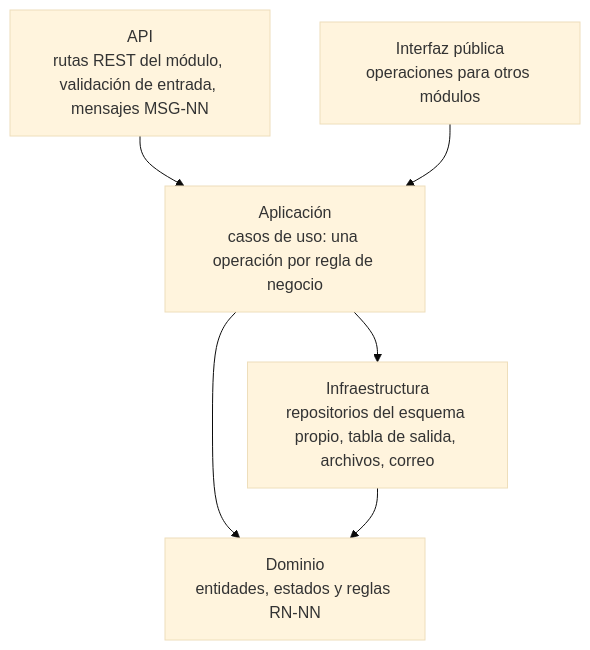
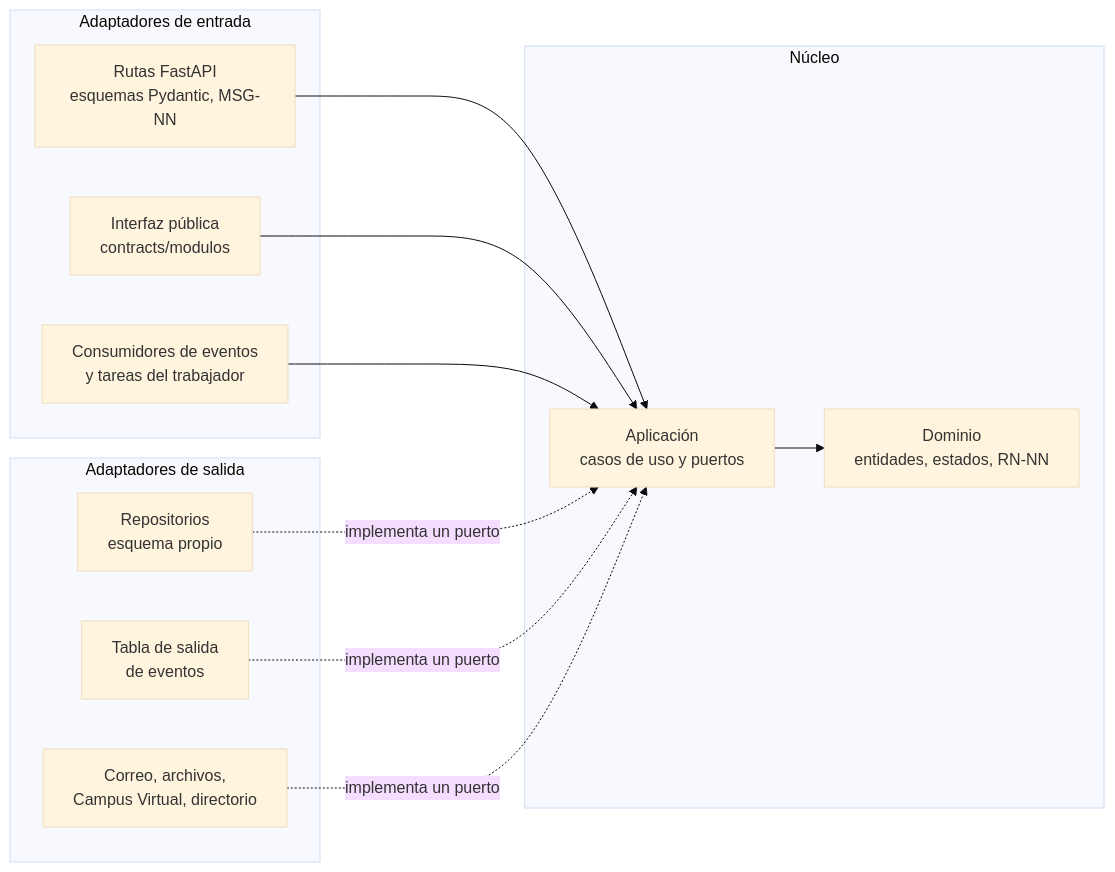
The first of 5 diagrams in docs/arquitectura/Plan_de_Implementacion.md (AFGamero/UniLink), drawn with Mermaid (base theme) before and after one commit. The commit also changed other lines of this file and 27 other files, not shown here.

````diff
--- a/docs/arquitectura/Plan_de_Implementacion.md
+++ b/docs/arquitectura/Plan_de_Implementacion.md
@@ -17,13 +17,24 @@
 ```mermaid
-flowchart TB
-    API[API<br/>rutas REST del módulo, validación de entrada, mensajes MSG-NN]
-    PUB[Interfaz pública<br/>operaciones para otros módulos]
-    APP[Aplicación<br/>casos de uso: una operación por regla de negocio]
-    DOM[Dominio<br/>entidades, estados y reglas RN-NN]
-    INF[Infraestructura<br/>repositorios del esquema propio, tabla de salida, archivos, correo]
+flowchart LR
+    subgraph ENT[Adaptadores de entrada]
+        API[Rutas FastAPI<br/>esquemas Pydantic, MSG-NN]
+        PUB[Interfaz pública<br/>contracts/modulos]
+        CON[Consumidores de eventos<br/>y tareas del trabajador]
+    end
+    subgraph NUC[Núcleo]
+        APP[Aplicación<br/>casos de uso y puertos]
+        DOM[Dominio<br/>entidades, estados, RN-NN]
+    end
+    subgraph SAL[Adaptadores de salida]
+        REP[Repositorios<br/>esquema propio]
+        OUT[Tabla de salida<br/>de eventos]
+        EXT[Correo, archivos,<br/>Campus Virtual, directorio]
+    end
     API --> APP
     PUB --> APP
+    CON --> APP
     APP --> DOM
-    APP --> INF
-    INF --> DOM
+    REP -.->|implementa un puerto| APP
+    OUT -.->|implementa un puerto| APP
+    EXT -.->|implementa un puerto| APP
 ```
````
